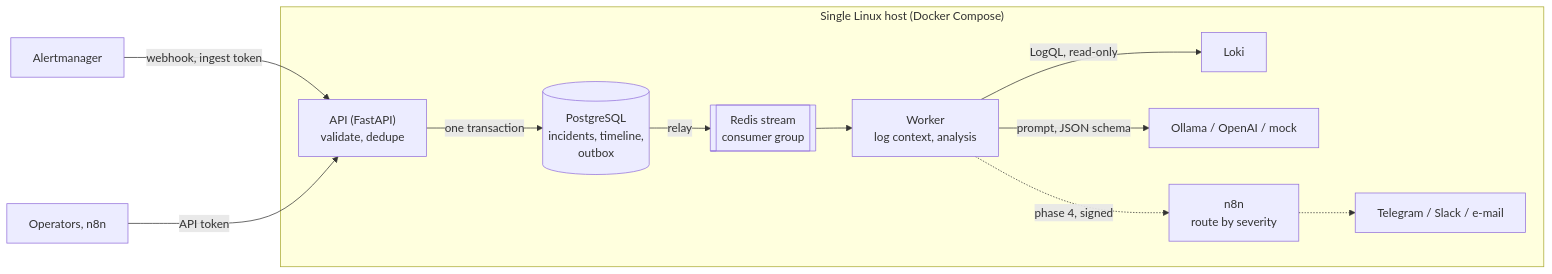
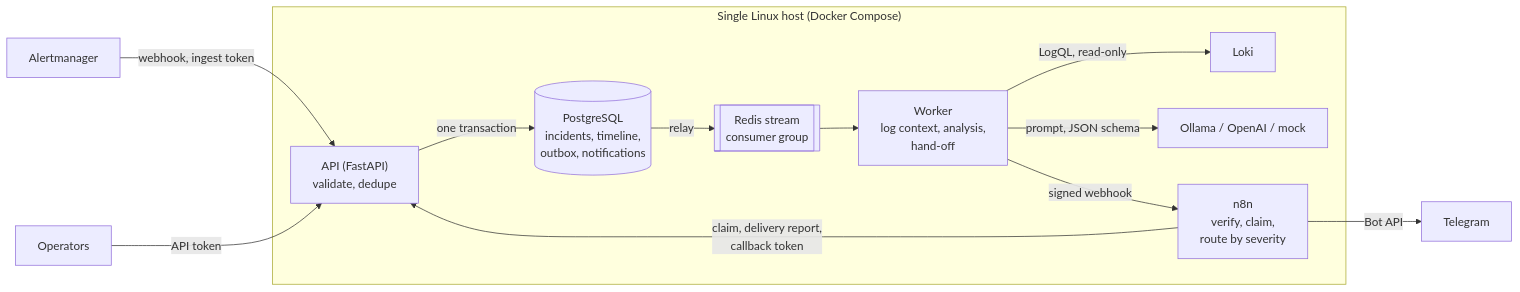
One commit to ali-fakhrabadi/aiops-n8n-incident-engine changed the first of 2 diagrams in README.md. Above: the diagram before and after it, drawn with Mermaid. The commit also changed other lines of this file and 52 other files, not shown here.

First line of the commit message:
feat: route incidents through n8n to Telegram with signed webhooks and delivery reports

````diff
--- a/README.md
+++ b/README.md
@@ -20,14 +22,15 @@
 ```mermaid
 flowchart LR
     am["Alertmanager"] -->|webhook, ingest token| api
     subgraph host["Single Linux host (Docker Compose)"]
-        api["API (FastAPI)<br/>validate, dedupe"] -->|one transaction| pg[("PostgreSQL<br/>incidents, timeline,<br/>outbox")]
+        api["API (FastAPI)<br/>validate, dedupe"] -->|one transaction| pg[("PostgreSQL<br/>incidents, timeline,<br/>outbox, notifications")]
         pg -->|relay| q[["Redis stream<br/>consumer group"]]
-        q --> worker["Worker<br/>log context, analysis"]
+        q --> worker["Worker<br/>log context, analysis,<br/>hand-off"]
         worker -->|LogQL, read-only| loki["Loki"]
         worker -->|prompt, JSON schema| llm["Ollama / OpenAI / mock"]
-        worker -.->|phase 4, signed| n8n["n8n<br/>route by severity"]
-        n8n -.-> ch["Telegram / Slack / e-mail"]
+        worker -->|signed webhook| n8n["n8n<br/>verify, claim,<br/>route by severity"]
+        n8n -->|claim, delivery report,<br/>callback token| api
     end
-    ops["Operators, n8n"] -->|API token| api
+    n8n -->|Bot API| tg["Telegram"]
+    ops["Operators"] -->|API token| api
 ```
````
